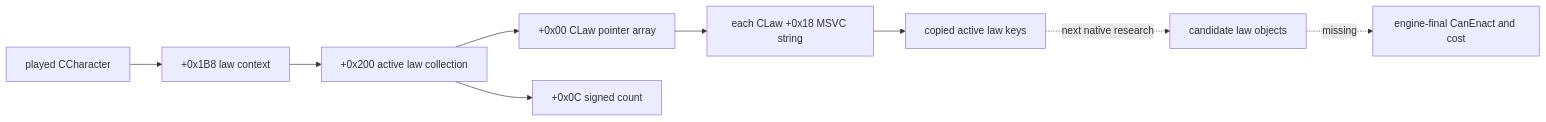
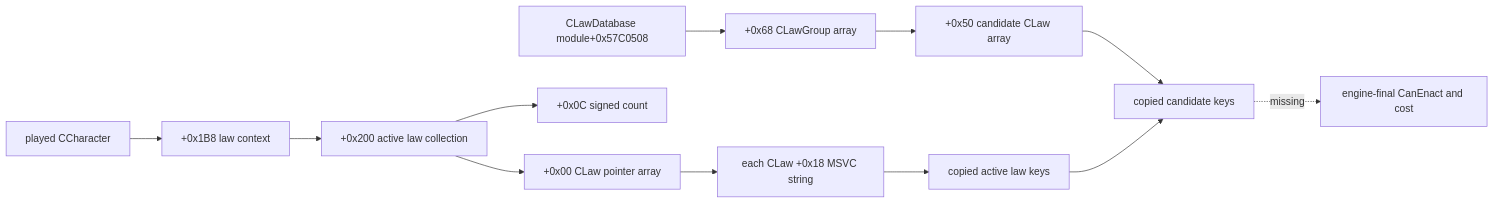
One commit to XenoAmess/ck3_eternal_recurrence changed the diagram in docs/ck3-native-ai/realm-law-active-collection-11906.md. Above: the diagram before and after it, drawn with Mermaid. The commit also changed other lines of this file and 8 other files, not shown here.

````diff
--- a/docs/ck3-native-ai/realm-law-active-collection-11906.md
+++ b/docs/ck3-native-ai/realm-law-active-collection-11906.md
@@ -33,11 +33,14 @@
 ```mermaid
 flowchart LR
   A[played CCharacter] --> B[+0x1B8 law context]
   B --> C[+0x200 active law collection]
   C --> D[+0x00 CLaw pointer array]
   C --> E[+0x0C signed count]
   D --> F[each CLaw +0x18 MSVC string]
   F --> G[copied active law keys]
-  G -. next native research .-> H[candidate law objects]
-  H -. missing .-> I[engine-final CanEnact and cost]
+  J[CLawDatabase module+0x57C0508] --> K[+0x68 CLawGroup array]
+  K --> L[+0x50 candidate CLaw array]
+  L --> M[copied candidate keys]
+  G --> M
+  M -. missing .-> I[engine-final CanEnact and cost]
 ```
````
